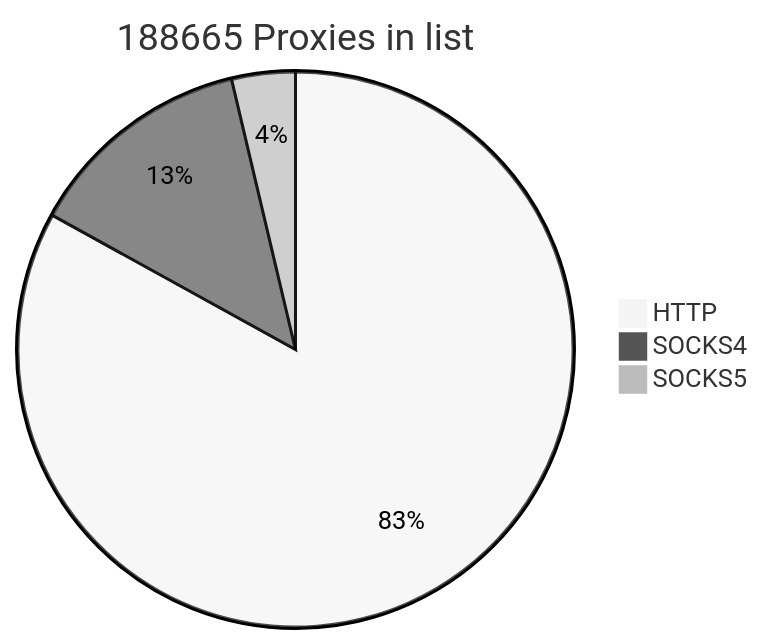
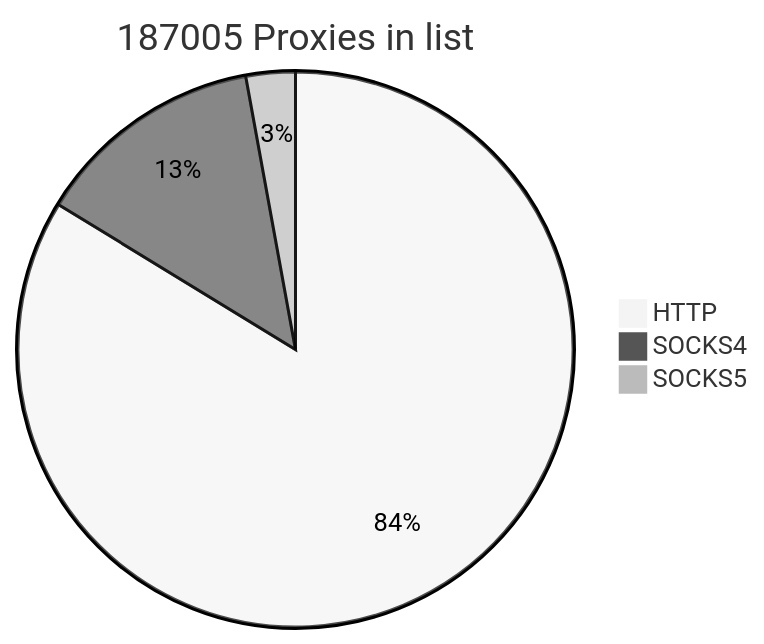
Before and after one commit to cutipu/proxylist: the first of 2 diagrams in README.md, drawn with Mermaid (neutral theme). The commit also changed other lines of this file, not shown here.

````diff
--- a/README.md
+++ b/README.md
@@ -2,7 +2,7 @@
 ```mermaid
-pie title 188665 Proxies in list
-    "HTTP" : 156642
-    "SOCKS4" : 25043
-    "SOCKS5" : 6980
+pie title 187005 Proxies in list
+    "HTTP" : 156594
+    "SOCKS4" : 25045
+    "SOCKS5" : 5366
             
 ```
````
